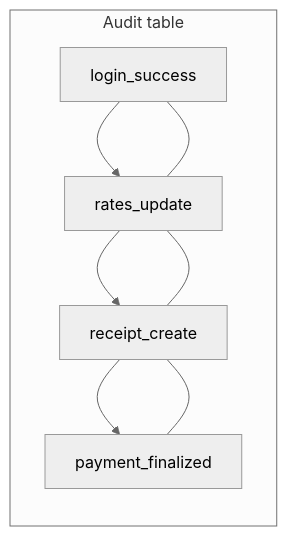
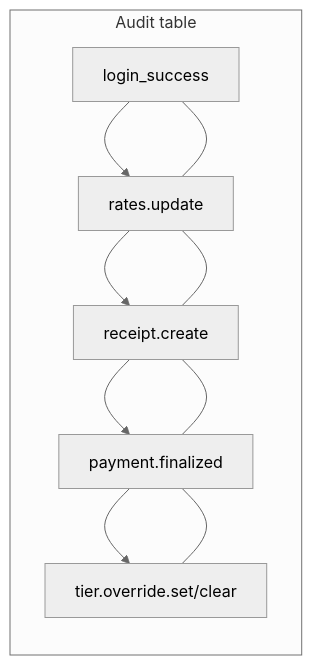
One commit to Purinat33/hpc_flask changed diagram 15 of 15 in docs/05-flows.md. Above: the diagram before and after it, drawn with Mermaid (neutral theme). The commit also changed other lines of this file and 4 other files, not shown here.

````diff
--- a/docs/05-flows.md
+++ b/docs/05-flows.md
@@ -272,7 +374,7 @@
 ```mermaid
 flowchart LR
-  A1[login_success] --> A2[rates_update] --> A3[receipt_create] --> A4[payment_finalized]
+  A1[login_success] --> A2[rates.update] --> A3[receipt.create] --> A4[payment.finalized] --> A5[tier.override.set/clear]
   subgraph Audit table
-    A1 --- A2 --- A3 --- A4
+    A1 --- A2 --- A3 --- A4 --- A5
   end
 ```
````
